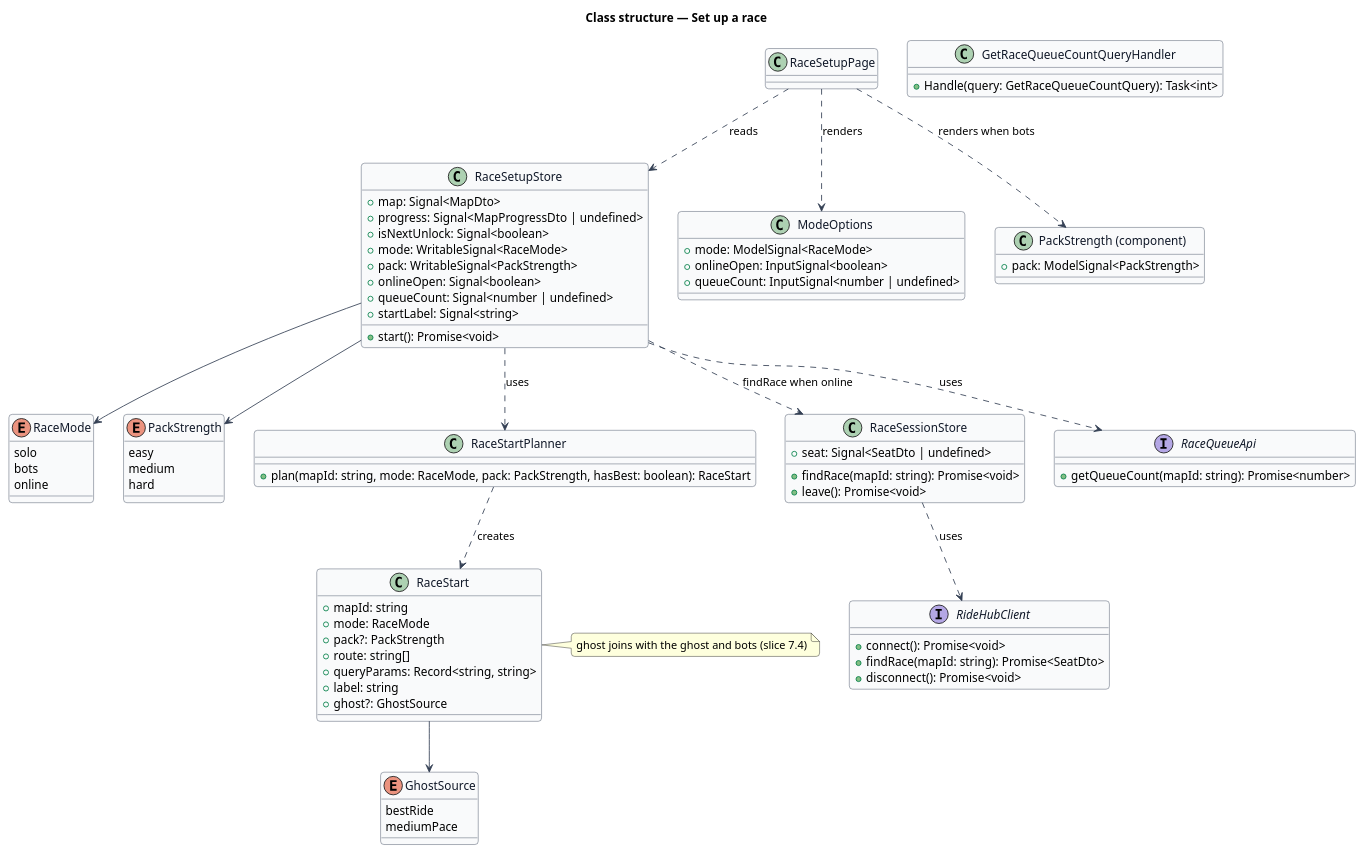
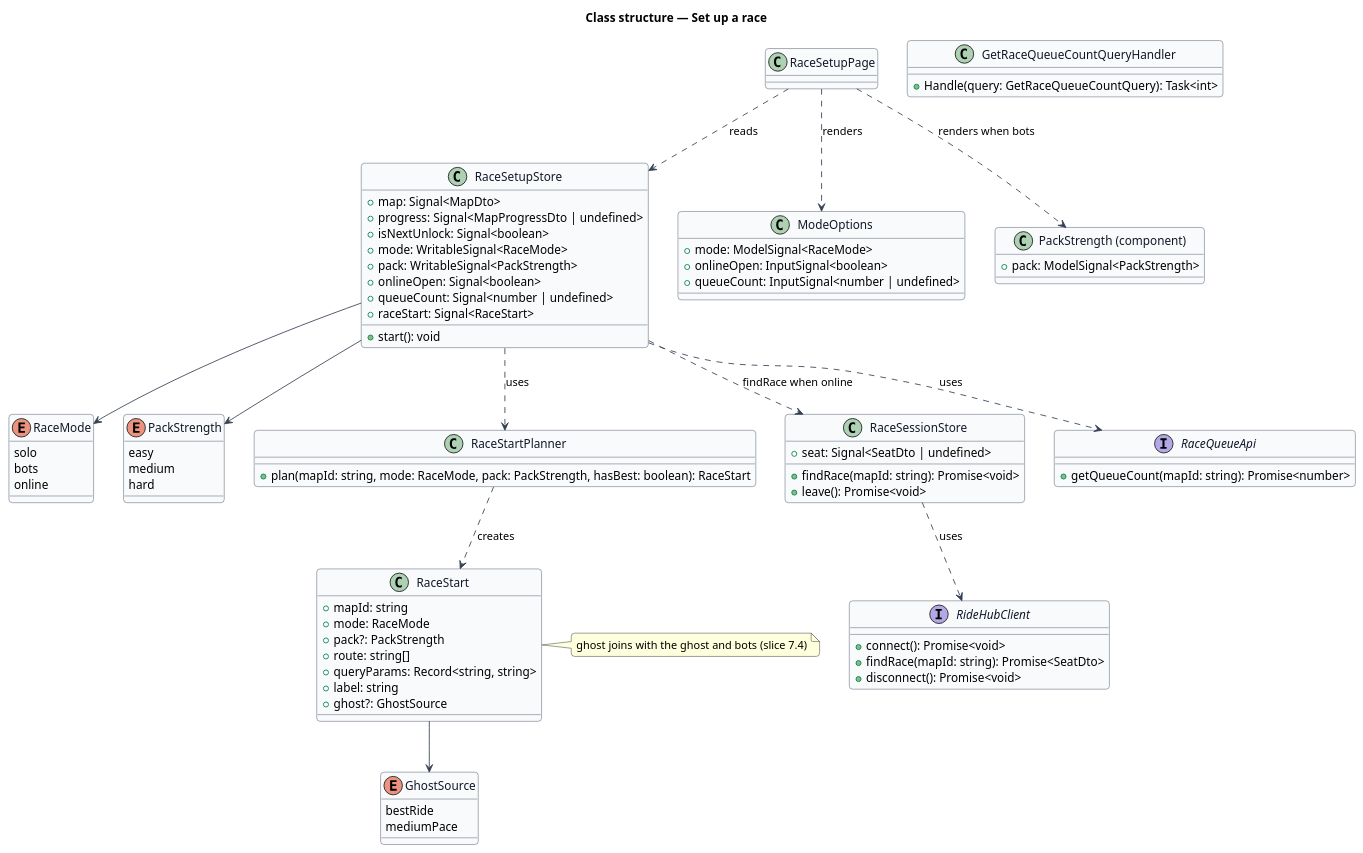
Before and after one commit to QuinntyneBrown/ride-one: the diagram in docs/detailed-designs/race/set-up-a-race/diagrams/class-structure.puml, drawn with PlantUML. The commit also changed 2 other files, not shown here.

Commit message:
Bring the Race Setup design in line with what was built
The store is provided on the page and derives raceStart, label and
route, from RaceStartPlanner; RaceMode and PackStrengthId are api
types; the radio groups share radioStep.

```diff
--- a/docs/detailed-designs/race/set-up-a-race/diagrams/class-structure.puml
+++ b/docs/detailed-designs/race/set-up-a-race/diagrams/class-structure.puml
@@ -1,89 +1,89 @@
 @startuml
 ' --- shared skin header ---
 skinparam backgroundColor #FFFFFF
 skinparam shadowing false
 skinparam roundcorner 8
 skinparam defaultFontName Arial
 skinparam ArrowColor #344054
 skinparam class {
   BorderColor #344054
   FontColor #101828
   BackgroundColor #F9FAFB
 }
 ' --------------------------
 title Class structure — Set up a race
 enum RaceMode {
   solo
   bots
   online
 }
 enum PackStrength {
   easy
   medium
   hard
 }
 class RaceStart {
   +mapId: string
   +mode: RaceMode
   +pack?: PackStrength
   +route: string[]
   +queryParams: Record<string, string>
   +label: string
   +ghost?: GhostSource
 }
 note right of RaceStart : ghost joins with the ghost and bots (slice 7.4)
 enum GhostSource {
   bestRide
   mediumPace
 }
 class RaceSetupStore {
   +map: Signal<MapDto>
   +progress: Signal<MapProgressDto | undefined>
   +isNextUnlock: Signal<boolean>
   +mode: WritableSignal<RaceMode>
   +pack: WritableSignal<PackStrength>
   +onlineOpen: Signal<boolean>
   +queueCount: Signal<number | undefined>
-  +startLabel: Signal<string>
-  +start(): Promise<void>
+  +raceStart: Signal<RaceStart>
+  +start(): void
 }
 class RaceStartPlanner {
   +plan(mapId: string, mode: RaceMode, pack: PackStrength, hasBest: boolean): RaceStart
 }
 class RaceSessionStore {
   +seat: Signal<SeatDto | undefined>
   +findRace(mapId: string): Promise<void>
   +leave(): Promise<void>
 }
 interface RaceQueueApi {
   +getQueueCount(mapId: string): Promise<number>
 }
 interface RideHubClient {
   +connect(): Promise<void>
   +findRace(mapId: string): Promise<SeatDto>
   +disconnect(): Promise<void>
 }
 class RaceSetupPage
 class ModeOptions {
   +mode: ModelSignal<RaceMode>
   +onlineOpen: InputSignal<boolean>
   +queueCount: InputSignal<number | undefined>
 }
 class PackStrengthOptions as "PackStrength (component)" {
   +pack: ModelSignal<PackStrength>
 }
 class GetRaceQueueCountQueryHandler {
   +Handle(query: GetRaceQueueCountQuery): Task<int>
 }
 RaceSetupPage ..> RaceSetupStore : reads
 RaceSetupPage ..> ModeOptions : renders
 RaceSetupPage ..> PackStrengthOptions : renders when bots
 RaceSetupStore --> RaceMode
 RaceSetupStore --> PackStrength
 RaceSetupStore ..> RaceStartPlanner : uses
 RaceSetupStore ..> RaceQueueApi : uses
 RaceSetupStore ..> RaceSessionStore : findRace when online
 RaceStartPlanner ..> RaceStart : creates
 RaceStart --> GhostSource
 RaceSessionStore ..> RideHubClient : uses
 @enduml
```
